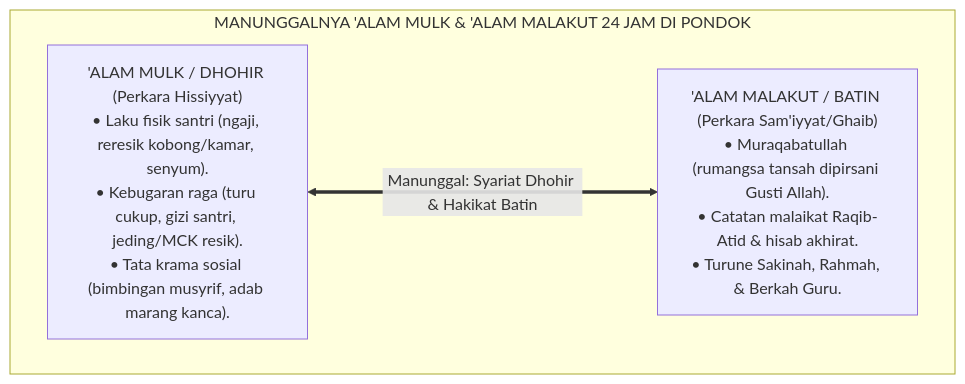
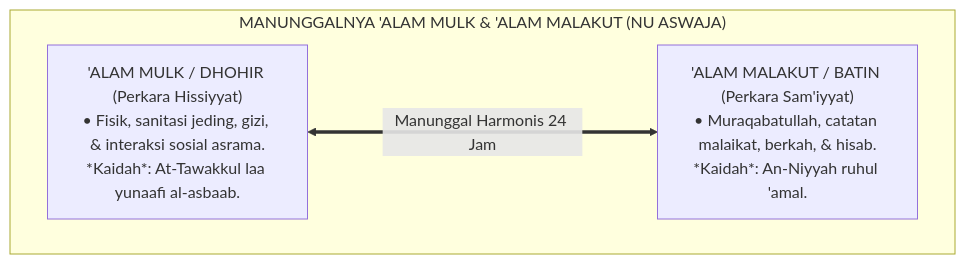
The sixth of 7 diagrams in 01 Philosophy/01 Worldview/P1-01-01-01-Kajian-Dialektika-Inkuiri-dan-Tanya-Jawab-Realitas.md (wandiapriliyandi/tumbuh), drawn with Mermaid before and after one commit. The commit also changed other lines of this file, not shown here.

````diff
--- a/01 Philosophy/01 Worldview/P1-01-01-01-Kajian-Dialektika-Inkuiri-dan-Tanya-Jawab-Realitas.md
+++ b/01 Philosophy/01 Worldview/P1-01-01-01-Kajian-Dialektika-Inkuiri-dan-Tanya-Jawab-Realitas.md
@@ -166,10 +193,9 @@
 ```mermaid
 graph TD
-    subgraph IntegrasiDomain["MANUNGGALNYA 'ALAM MULK & 'ALAM MALAKUT 24 JAM DI PONDOK"]
-        S["'ALAM MULK / DHOHIR (Perkara Hissiyyat)<br/>• Laku fisik santri (ngaji, reresik kobong/kamar, senyum).<br/>• Kebugaran raga (turu cukup, gizi santri, jeding/MCK resik).<br/>• Tata krama sosial (bimbingan musyrif, adab marang kanca)."]
+    subgraph ManunggalMulkMalakut["MANUNGGALNYA 'ALAM MULK & 'ALAM MALAKUT (NU ASWAJA)"]
+        Mulk["'ALAM MULK / DHOHIR (Perkara Hissiyyat)<br/>• Fisik, sanitasi jeding, gizi, & interaksi sosial asrama.<br/>*Kaidah*: At-Tawakkul laa yunaafi al-asbaab."]
+        Malakut["'ALAM MALAKUT / BATIN (Perkara Sam'iyyat)<br/>• Muraqabatullah, catatan malaikat, berkah, & hisab.<br/>*Kaidah*: An-Niyyah ruhul 'amal."]
         
-        G["'ALAM MALAKUT / BATIN (Perkara Sam'iyyat/Ghaib)<br/>• Muraqabatullah (rumangsa tansah dipirsani Gusti Allah).<br/>• Catatan malaikat Raqib-Atid & hisab akhirat.<br/>• Turune Sakinah, Rahmah, & Berkah Guru."]
-        
-        S <===>|Manunggal: Syariat Dhohir & Hakikat Batin| G
+        Mulk <===>|Manunggal Harmonis 24 Jam| Malakut
     end
 ```
````
